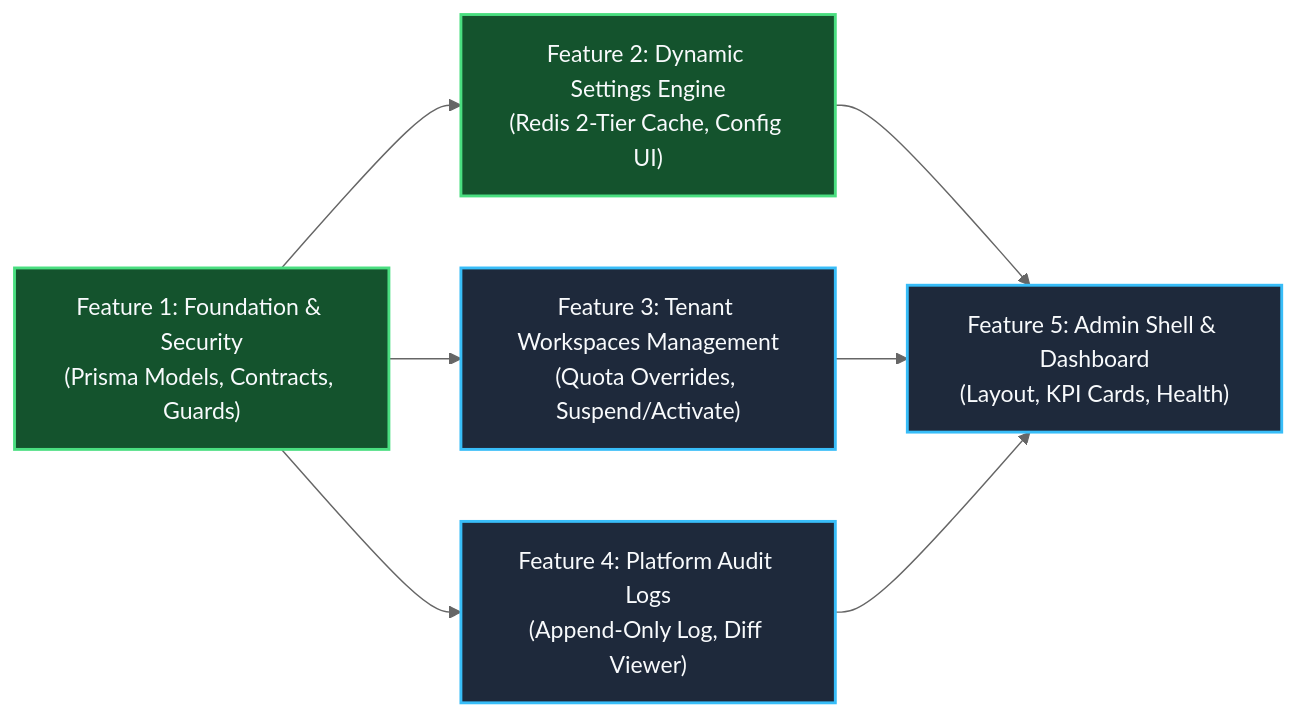
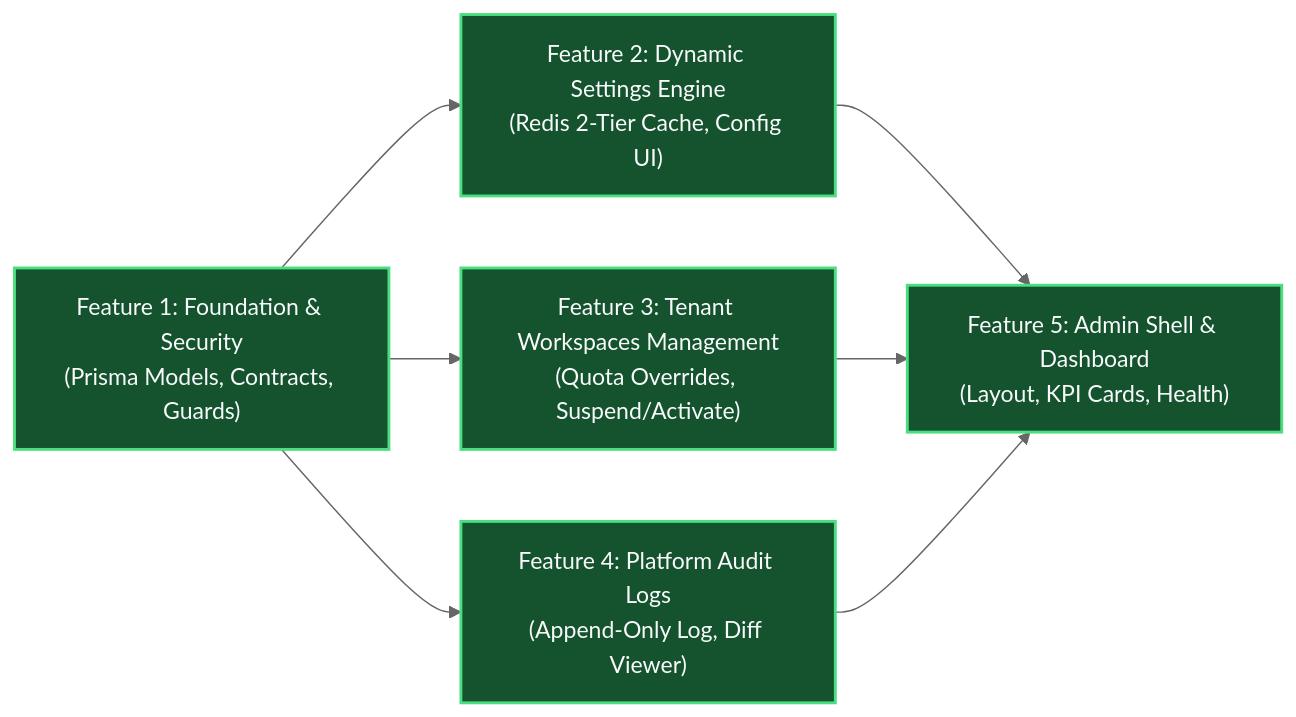
Before and after one commit to Mkhai205/sales-copilot: the diagram in docs/backlog/epic-super-admin.md, drawn with Mermaid (neutral theme). The commit also changed other lines of this file and 20 other files, not shown here.

Commit message:
feat: Feature 5: Super Admin Portal Shell, Dashboard Overview & Navigation

````diff
--- a/docs/backlog/epic-super-admin.md
+++ b/docs/backlog/epic-super-admin.md
@@ -23,17 +23,17 @@
 ```mermaid
 graph LR
     classDef done fill:#14532d,stroke:#4ade80,stroke-width:2px,color:#f8fafc;
     classDef active fill:#1e293b,stroke:#38bdf8,stroke-width:2px,color:#f8fafc;
     classDef future fill:#334155,stroke:#94a3b8,stroke-width:1px,color:#cbd5e1;
 
     F1["Feature 1: Foundation & Security<br/>(Prisma Models, Contracts, Guards)"]:::done
     F2["Feature 2: Dynamic Settings Engine<br/>(Redis 2-Tier Cache, Config UI)"]:::done
-    F3["Feature 3: Tenant Workspaces Management<br/>(Quota Overrides, Suspend/Activate)"]:::active
-    F4["Feature 4: Platform Audit Logs<br/>(Append-Only Log, Diff Viewer)"]:::active
-    F5["Feature 5: Admin Shell & Dashboard<br/>(Layout, KPI Cards, Health)"]:::active
+    F3["Feature 3: Tenant Workspaces Management<br/>(Quota Overrides, Suspend/Activate)"]:::done
+    F4["Feature 4: Platform Audit Logs<br/>(Append-Only Log, Diff Viewer)"]:::done
+    F5["Feature 5: Admin Shell & Dashboard<br/>(Layout, KPI Cards, Health)"]:::done
 
     F1 --> F2
     F1 --> F3
     F1 --> F4
     F2 & F3 & F4 --> F5
 ```
````
